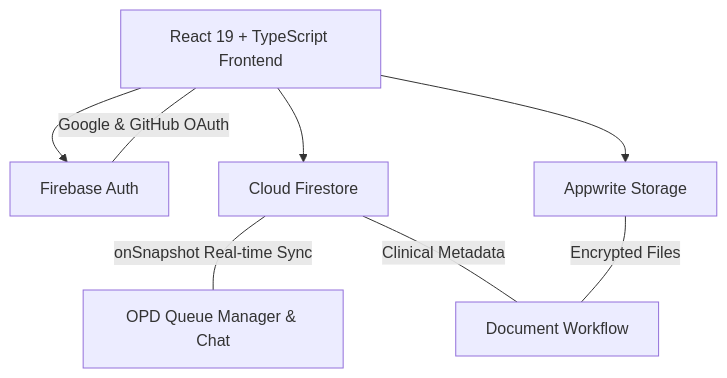
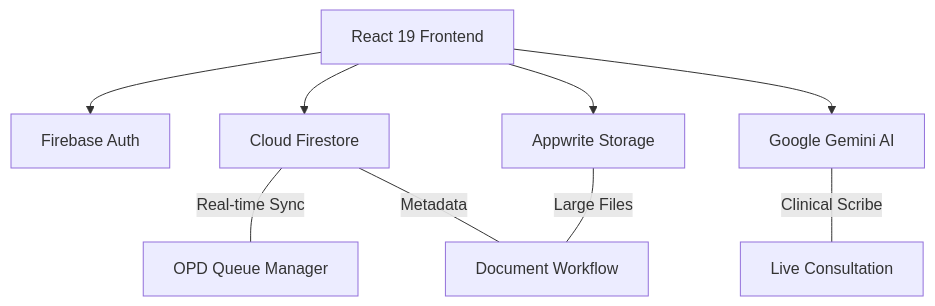
Before and after one commit to saksham-dev07/Docpilot: the diagram in README.md, drawn with Mermaid. The commit also changed other lines of this file, not shown here.

````diff
--- a/README.md
+++ b/README.md
@@ -18,11 +19,12 @@
 ```mermaid
 graph TD
-    A[React 19 + TypeScript Frontend] --> B[Firebase Auth]
+    A[React 19 Frontend] --> B[Firebase Auth]
     A --> C[Cloud Firestore]
     A --> D[Appwrite Storage]
+    A --> E[Google Gemini AI]
     
-    B ---|Google & GitHub OAuth| A
-    C ---|onSnapshot Real-time Sync| E[OPD Queue Manager & Chat]
-    C ---|Clinical Metadata| F[Document Workflow]
-    D ---|Encrypted Files| F
+    C ---|Real-time Sync| F[OPD Queue Manager]
+    C ---|Metadata| G[Document Workflow]
+    D ---|Large Files| G
+    E ---|Clinical Scribe| H[Live Consultation]
 ```
````
